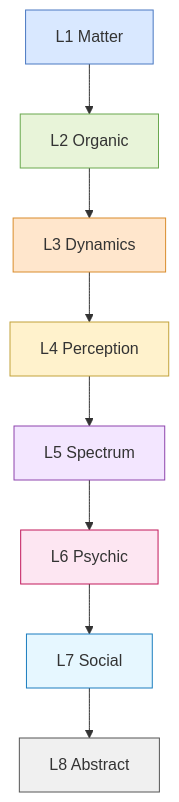
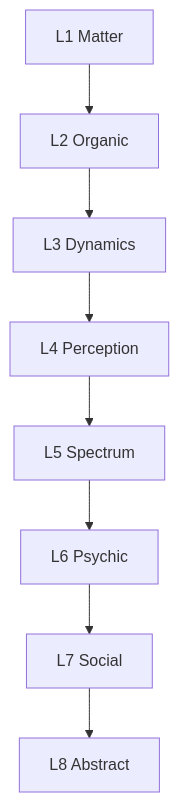
The third of 8 diagrams in whitepaper/Whitepaper‑Figures.mmd (sciganec/subit-atlas), drawn with Mermaid before and after one commit. The commit also changed other lines of this file, not shown here.

````diff
--- a/whitepaper/Whitepaper‑Figures.mmd
+++ b/whitepaper/Whitepaper‑Figures.mmd
@@ -63,23 +47,19 @@
 ```mermaid
 graph TD
-
     L1["L1 Matter"]
     L2["L2 Organic"]
     L3["L3 Dynamics"]
     L4["L4 Perception"]
     L5["L5 Spectrum"]
     L6["L6 Psychic"]
     L7["L7 Social"]
     L8["L8 Abstract"]
 
-    L1 --> L2 --> L3 --> L4 --> L5 --> L6 --> L7 --> L8
-
-    style L1 fill:#d9e8ff,stroke:#4a78c2
-    style L2 fill:#e8f4d9,stroke:#6aa84f
-    style L3 fill:#ffe6cc,stroke:#d98c2c
-    style L4 fill:#fff2cc,stroke:#c2a23a
-    style L5 fill:#f3e6ff,stroke:#8e44ad
-    style L6 fill:#fde6f2,stroke:#c2185b
-    style L7 fill:#e6f7ff,stroke:#1b7dbf
-    style L8 fill:#f0f0f0,stroke:#555
+    L1 --> L2
+    L2 --> L3
+    L3 --> L4
+    L4 --> L5
+    L5 --> L6
+    L6 --> L7
+    L7 --> L8
 ```
````
